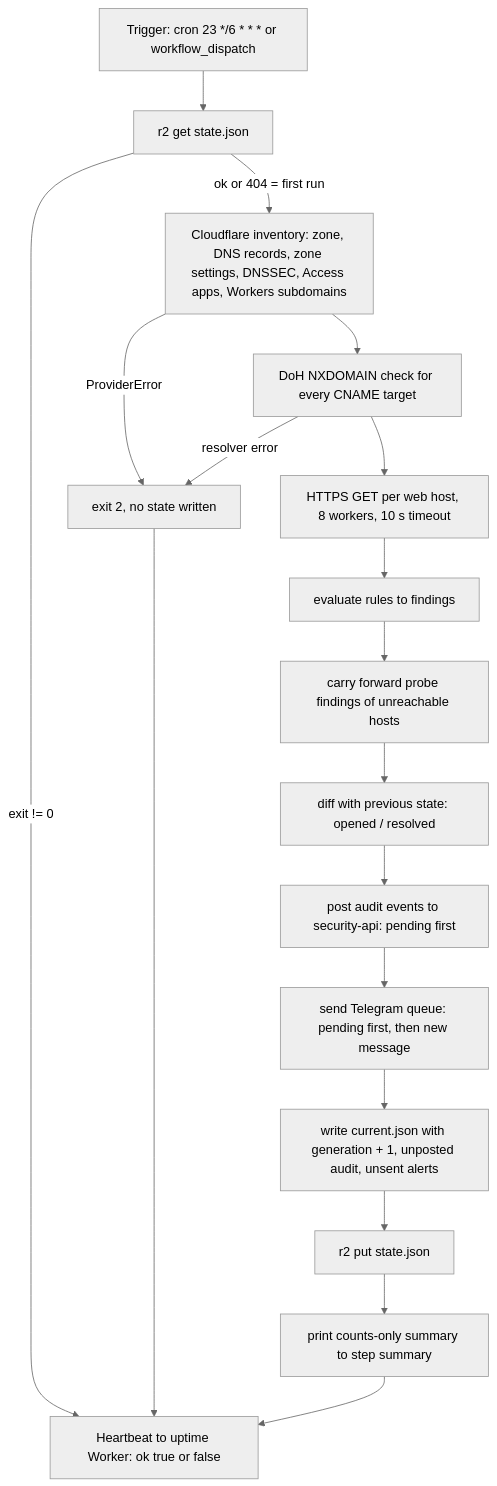
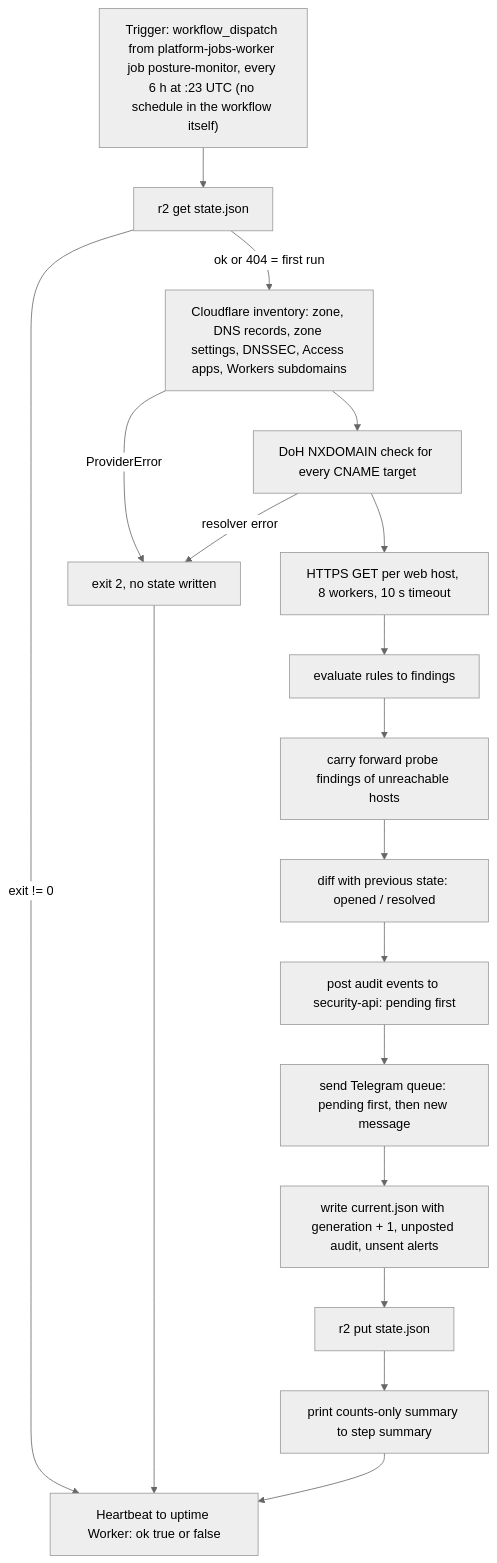
Before and after one commit to bookchaowalit/platform-posture-monitor: the first of 2 diagrams in docs/diagrams/01-business-process.md, drawn with Mermaid (neutral theme). The commit also changed other lines of this file, not shown here.

````diff
--- a/docs/diagrams/01-business-process.md
+++ b/docs/diagrams/01-business-process.md
@@ -7,20 +9,20 @@
 ```mermaid
 flowchart TD
-  T["Trigger: cron 23 */6 * * * or workflow_dispatch"] --> G["r2 get state.json"]
+  T["Trigger: workflow_dispatch from platform-jobs-worker job posture-monitor, every 6 h at :23 UTC (no schedule in the workflow itself)"] --> G["r2 get state.json"]
   G -->|"exit != 0"| HB
   G -->|"ok or 404 = first run"| INV["Cloudflare inventory: zone, DNS records, zone settings, DNSSEC, Access apps, Workers subdomains"]
   INV -->|"ProviderError"| FAIL["exit 2, no state written"]
   INV --> DOH["DoH NXDOMAIN check for every CNAME target"]
   DOH -->|"resolver error"| FAIL
   DOH --> PROBE["HTTPS GET per web host, 8 workers, 10 s timeout"]
   PROBE --> EVAL["evaluate rules to findings"]
   EVAL --> CF["carry forward probe findings of unreachable hosts"]
   CF --> DIFF["diff with previous state: opened / resolved"]
   DIFF --> AUD["post audit events to security-api: pending first"]
   AUD --> TG["send Telegram queue: pending first, then new message"]
   TG --> WS["write current.json with generation + 1, unposted audit, unsent alerts"]
   WS --> PUT["r2 put state.json"]
   PUT --> SUM["print counts-only summary to step summary"]
   SUM --> HB["Heartbeat to uptime Worker: ok true or false"]
   FAIL --> HB
 ```
````
